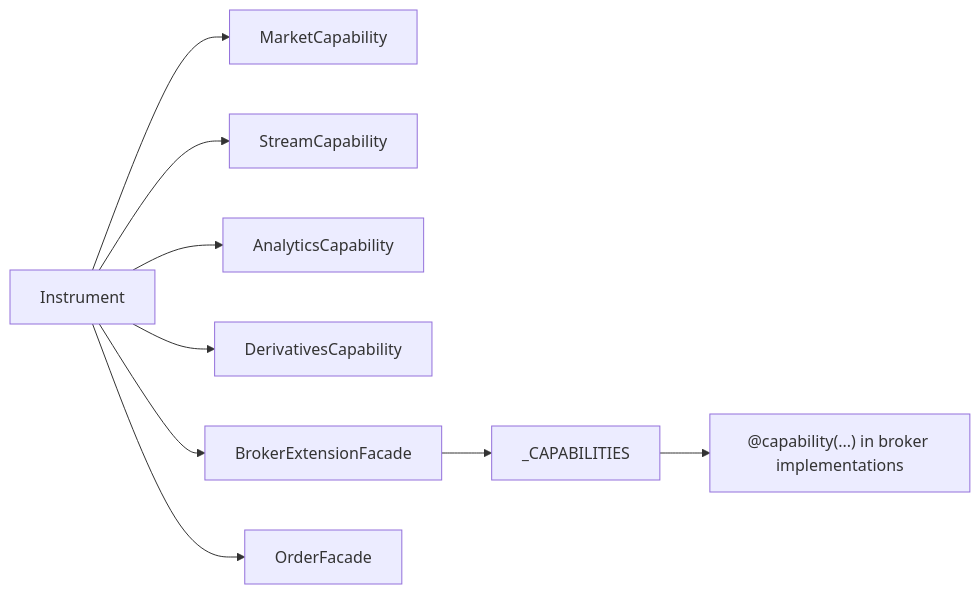
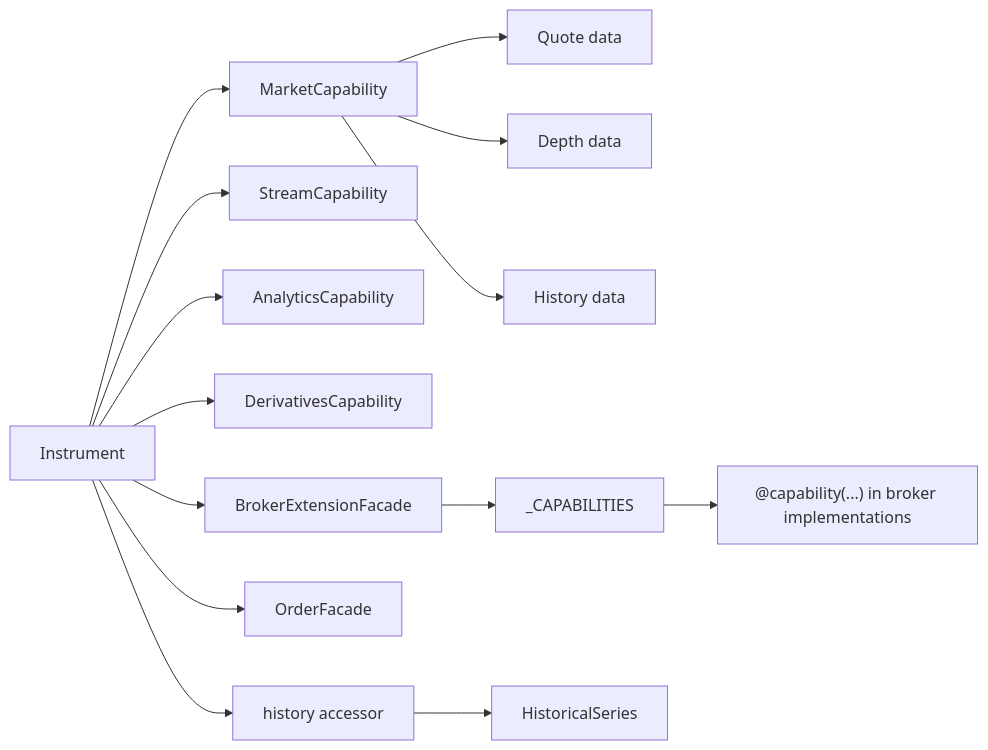
Before and after one commit to Ganesh-Kusundal/nTrade: the third of 3 diagrams in .qoder/repowiki/en/content/Domain Model/Instruments/Instrument Capabilities.md, drawn with Mermaid. The commit also changed other lines of this file and 203 other files, not shown here.

````diff
--- a/.qoder/repowiki/en/content/Domain Model/Instruments/Instrument Capabilities.md
+++ b/.qoder/repowiki/en/content/Domain Model/Instruments/Instrument Capabilities.md
@@ -319,11 +356,16 @@
 ```mermaid
 graph LR
 Instrument["Instrument"] --> MarketCap["MarketCapability"]
 Instrument --> StreamCap["StreamCapability"]
 Instrument --> AnalyticsCap["AnalyticsCapability"]
 Instrument --> DerivCap["DerivativesCapability"]
 Instrument --> BrokerFacade["BrokerExtensionFacade"]
 Instrument --> OrderFacade["OrderFacade"]
+Instrument --> HistoryAccessor["history accessor"]
+MarketCap --> QuoteData["Quote data"]
+MarketCap --> DepthData["Depth data"]
+MarketCap --> HistoryData["History data"]
 BrokerFacade --> Registry["_CAPABILITIES"]
 Registry --> DhanCaps["@capability(...) in broker implementations"]
+HistoryAccessor --> HistoricalSeries["HistoricalSeries"]
 ```
````
